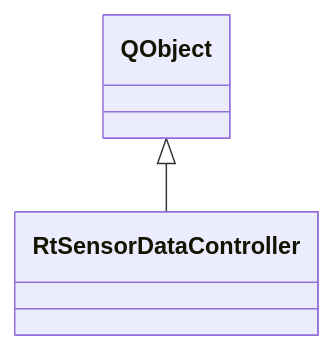
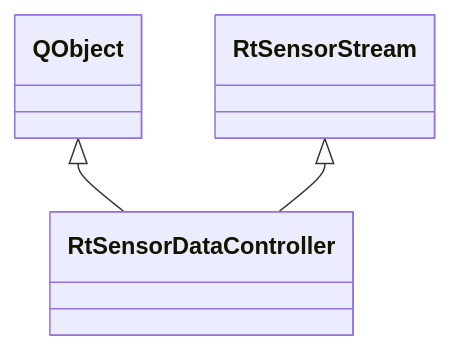
One commit to mne-tools/mne-cpp changed the diagram in doc/website/docs/api/viz-qt/rt-sensor-data-controller.mdx. Above: the diagram before and after it, drawn with Mermaid. The commit also changed other lines of this file and 16 other files, not shown here.

````diff
--- a/doc/website/docs/api/viz-qt/rt-sensor-data-controller.mdx
+++ b/doc/website/docs/api/viz-qt/rt-sensor-data-controller.mdx
@@ -45,4 +24,6 @@
 ```mermaid
 classDiagram
     QObject <|-- RtSensorDataController
+    RtSensorStream <|-- RtSensorDataController
+    click RtSensorStream href "../../viz/rt-sensor-stream/"
 ```
````
